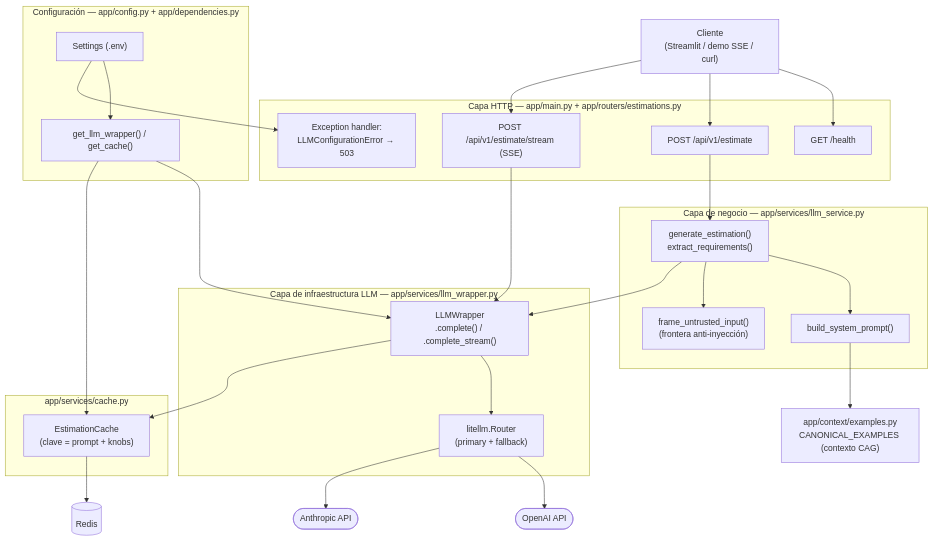
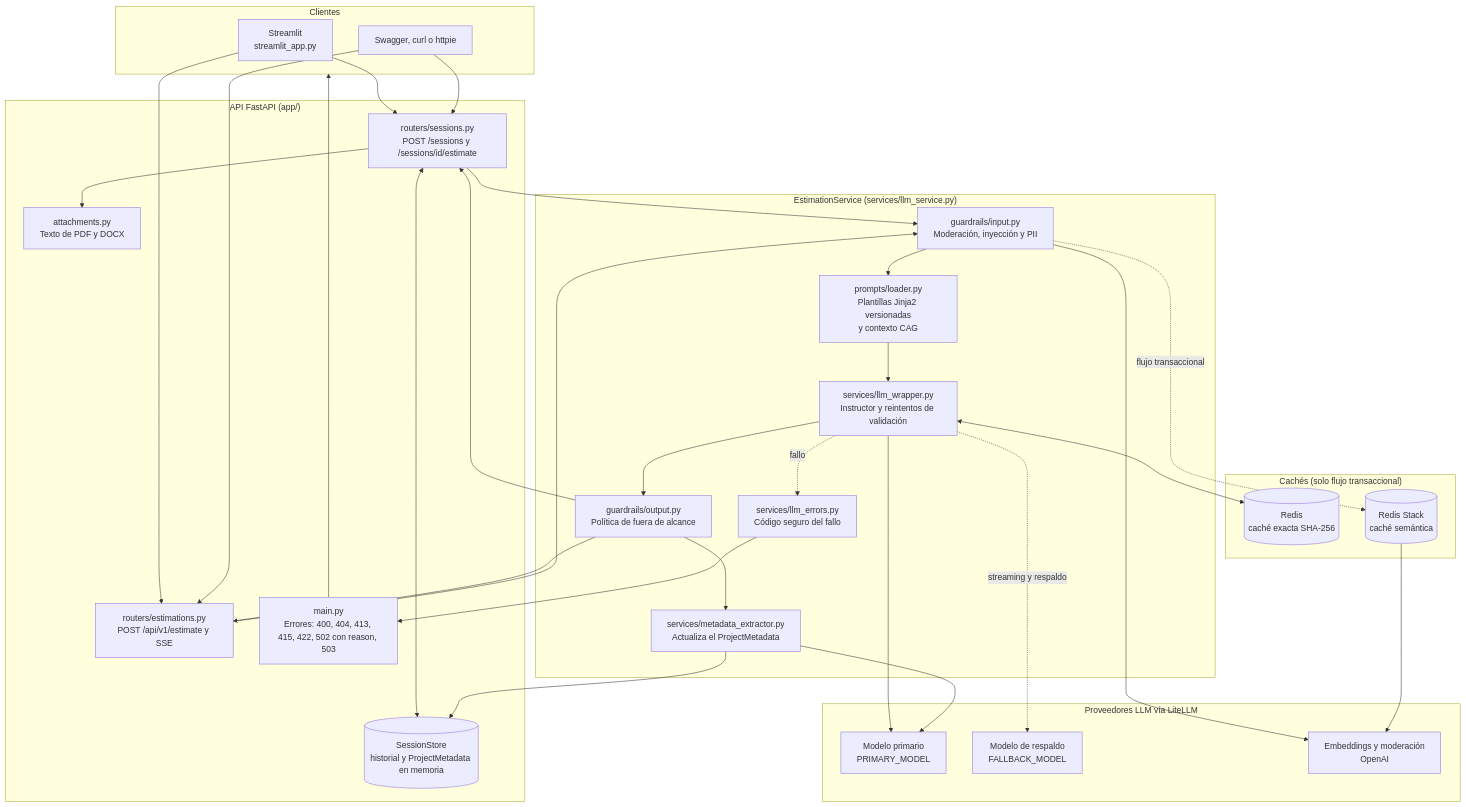
Before and after one commit to biomacam/estimador-cag: the diagram in README.md, drawn with Mermaid. The commit also changed other lines of this file and 19 other files, not shown here.

````diff
--- a/README.md
+++ b/README.md
@@ -371,60 +412,64 @@
 ```mermaid
-flowchart TD
-    Client["Cliente\n(Streamlit / demo SSE / curl)"]
-
-    subgraph API["Capa HTTP — app/main.py + app/routers/estimations.py"]
-        Health["GET /health"]
-        Estimate["POST /api/v1/estimate"]
-        Stream["POST /api/v1/estimate/stream (SSE)"]
-        ExcHandler["Exception handler:\nLLMConfigurationError → 503"]
+flowchart TB
+    subgraph clients["Clientes"]
+        ui["Streamlit<br/>streamlit_app.py"]
+        http["Swagger, curl o httpie"]
     end
 
-    subgraph Service["Capa de negocio — app/services/llm_service.py"]
-        Prompt["build_system_prompt()"]
-        Inject["frame_untrusted_input()\n(frontera anti-inyección)"]
-        Orchestrate["generate_estimation()\nextract_requirements()"]
+    subgraph api["API FastAPI (app/)"]
+        r_est["routers/estimations.py<br/>POST /api/v1/estimate y SSE"]
+        r_ses["routers/sessions.py<br/>POST /sessions y /sessions/id/estimate"]
+        errmap["main.py<br/>Errores: 400, 404, 413, 415, 422, 502 con reason, 503"]
+        attach["attachments.py<br/>Texto de PDF y DOCX"]
+        store[("SessionStore<br/>historial y ProjectMetadata en memoria")]
     end
 
-    Examples["app/context/examples.py\nCANONICAL_EXAMPLES (contexto CAG)"]
-
-    subgraph Wrapper["Capa de infraestructura LLM — app/services/llm_wrapper.py"]
-        LLMWrapperClass["LLMWrapper\n.complete() / .complete_stream()"]
-        Router["litellm.Router\n(primary + fallback)"]
+    subgraph svc["EstimationService (services/llm_service.py)"]
+        guard_in["guardrails/input.py<br/>Moderación, inyección y PII"]
+        prompts["prompts/loader.py<br/>Plantillas Jinja2 versionadas<br/>y contexto CAG"]
+        wrapper["services/llm_wrapper.py<br/>Instructor y reintentos de validación"]
+        guard_out["guardrails/output.py<br/>Política de fuera de alcance"]
+        meta["services/metadata_extractor.py<br/>Actualiza el ProjectMetadata"]
+        classify["services/llm_errors.py<br/>Código seguro del fallo"]
     end
 
-    subgraph CacheMod["app/services/cache.py"]
-        EstimationCache["EstimationCache\n(clave = prompt + knobs)"]
+    subgraph caches["Cachés (solo flujo transaccional)"]
+        exact[("Redis<br/>caché exacta SHA-256")]
+        semantic[("Redis Stack<br/>caché semántica")]
     end
 
-    subgraph Config["Configuración — app/config.py + app/dependencies.py"]
-        Settings["Settings (.env)"]
-        Deps["get_llm_wrapper() / get_cache()"]
+    subgraph llm["Proveedores LLM vía LiteLLM"]
+        primary["Modelo primario<br/>PRIMARY_MODEL"]
+        fallback["Modelo de respaldo<br/>FALLBACK_MODEL"]
+        emb["Embeddings y moderación<br/>OpenAI"]
     end
 
-    OpenAI(["OpenAI API"])
-    Anthropic(["Anthropic API"])
-    Redis[("Redis")]
+    ui --> r_ses
+    ui --> r_est
+    http --> r_est
+    http --> r_ses
 
-    Client --> Health
-    Client --> Estimate
-    Client --> Stream
+    r_ses --> attach
+    r_ses <--> store
+    r_ses --> guard_in
+    r_est --> guard_in
 
-    Estimate --> Orchestrate
-    Stream --> LLMWrapperClass
+    guard_in --> emb
+    guard_in --> prompts
+    guard_in -. "flujo transaccional" .-> semantic
+    semantic --> emb
+    prompts --> wrapper
+    wrapper <--> exact
+    wrapper --> primary
+    wrapper -. "streaming y respaldo" .-> fallback
+    wrapper --> guard_out
+    guard_out --> r_est
+    guard_out --> meta
+    meta --> primary
+    meta --> store
+    guard_out --> r_ses
 
-    Orchestrate --> Prompt
-    Orchestrate --> Inject
-    Orchestrate --> LLMWrapperClass
-    Prompt --> Examples
-
-    LLMWrapperClass --> Router
-    LLMWrapperClass --> EstimationCache
-    Router --> OpenAI
-    Router --> Anthropic
-    EstimationCache --> Redis
-
-    Deps --> LLMWrapperClass
-    Deps --> EstimationCache
-    Settings --> Deps
-    Settings --> ExcHandler
+    wrapper -. "fallo" .-> classify
+    classify --> errmap
+    errmap --> clients
 ```
````
